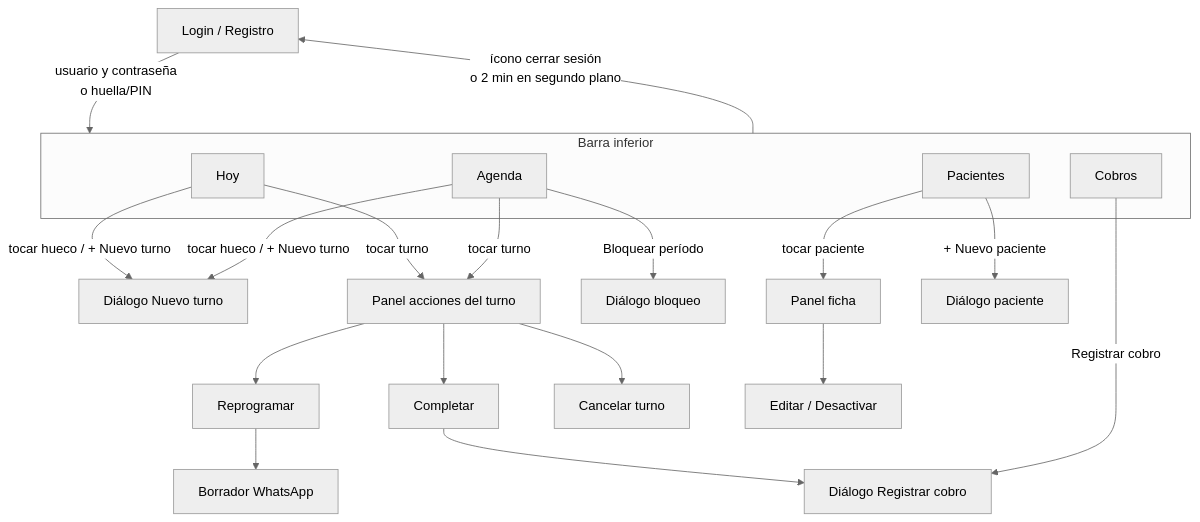
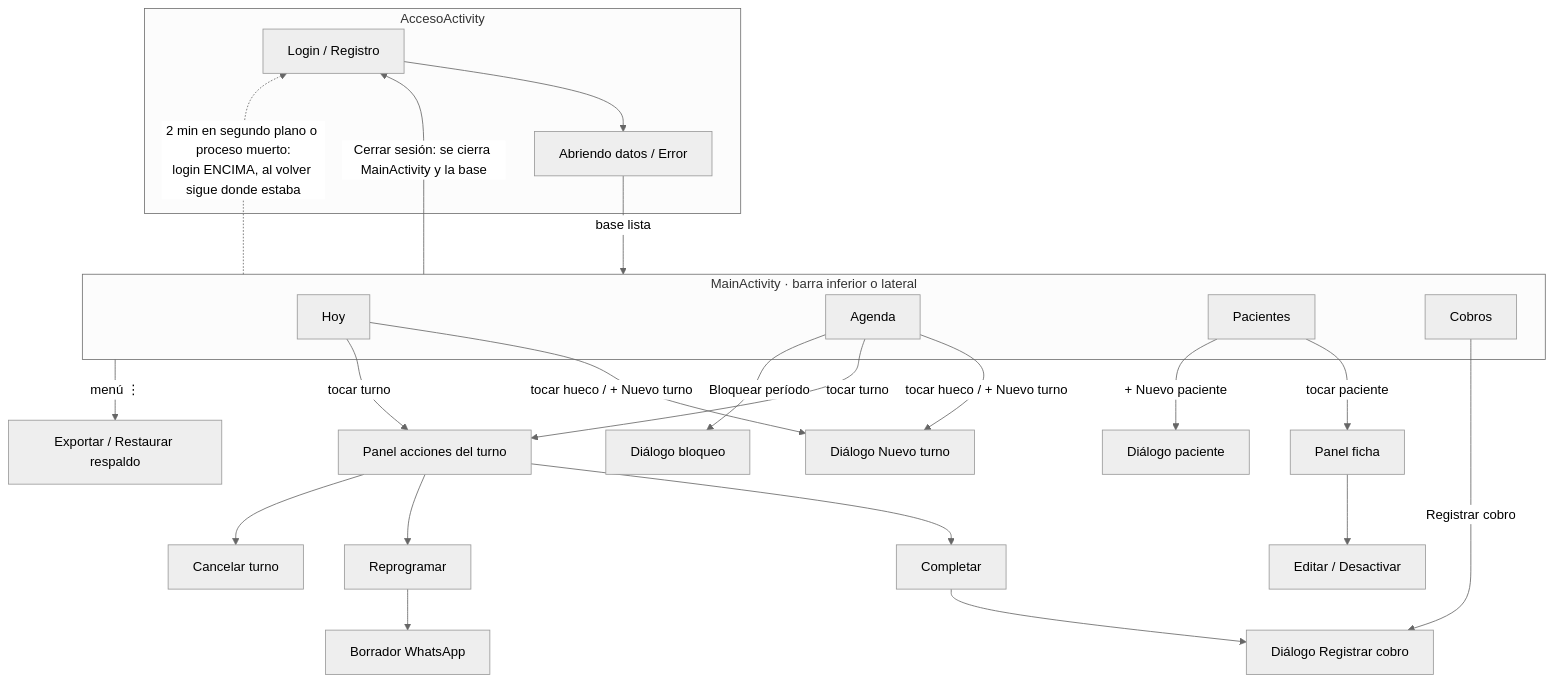
The first of 3 diagrams in TPO1_app/IMPLEMENTACION.md (fguerrero2/DesarrolloAplicaciones1), drawn with Mermaid (neutral theme) before and after one commit. The commit also changed other lines of this file, not shown here.

First line of the commit message:
Documentación: 2 Activities, respaldo, Hilt y teoría aplicada

````diff
--- a/TPO1_app/IMPLEMENTACION.md
+++ b/TPO1_app/IMPLEMENTACION.md
@@ -166,20 +179,25 @@
 ```mermaid
 flowchart TD
-    L[Login / Registro] -->|usuario y contraseña<br/>o huella/PIN| N
-    subgraph N[Barra inferior]
+    subgraph AA[AccesoActivity]
+        L[Login / Registro] --> AB[Abriendo datos / Error]
+    end
+    AB -->|base lista| N
+    subgraph N[MainActivity · barra inferior o lateral]
         H[Hoy]
         A[Agenda]
         P[Pacientes]
         C[Cobros]
     end
     H & A -->|tocar hueco / + Nuevo turno| NT[Diálogo Nuevo turno]
     H & A -->|tocar turno| AT[Panel acciones del turno]
     AT --> CS[Completar] --> RC[Diálogo Registrar cobro]
     AT --> RP[Reprogramar] --> WA[Borrador WhatsApp]
     AT --> CT[Cancelar turno]
     A -->|Bloquear período| BP[Diálogo bloqueo]
     P -->|tocar paciente| FP[Panel ficha] --> EP[Editar / Desactivar]
     P -->|+ Nuevo paciente| NP[Diálogo paciente]
     C -->|Registrar cobro| RC
-    N -->|ícono cerrar sesión<br/>o 2 min en segundo plano| L
+    N -->|menú ⋮| RS[Exportar / Restaurar respaldo]
+    N -->|Cerrar sesión: se cierra MainActivity y la base| L
+    N -.->|2 min en segundo plano o proceso muerto:<br/>login ENCIMA, al volver sigue donde estaba| L
 ```
````
